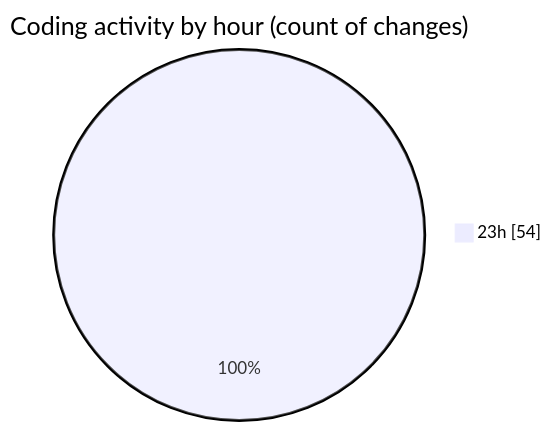
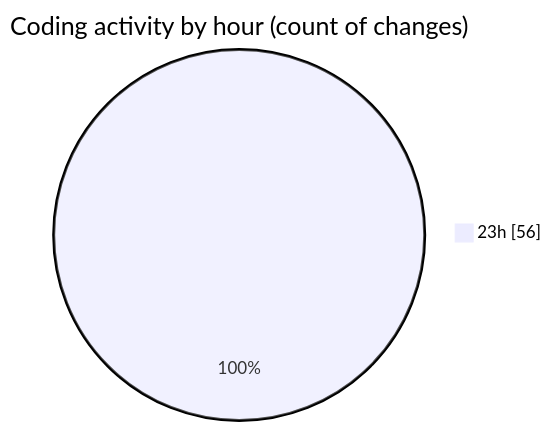
Before and after one commit to hasnaa123/code-tracking: the second of 2 diagrams in 2026-05-23/java-avanc-e-et-uml/README.md, drawn with Mermaid. The commit also changed other lines of this file and 1 other file, not shown here.

````diff
--- a/2026-05-23/java-avanc-e-et-uml/README.md
+++ b/2026-05-23/java-avanc-e-et-uml/README.md
@@ -32,5 +32,5 @@
 ```mermaid
 pie showData
 title Coding activity by hour (count of changes)
-"23h" : 54
+"23h" : 56
 ```
````
